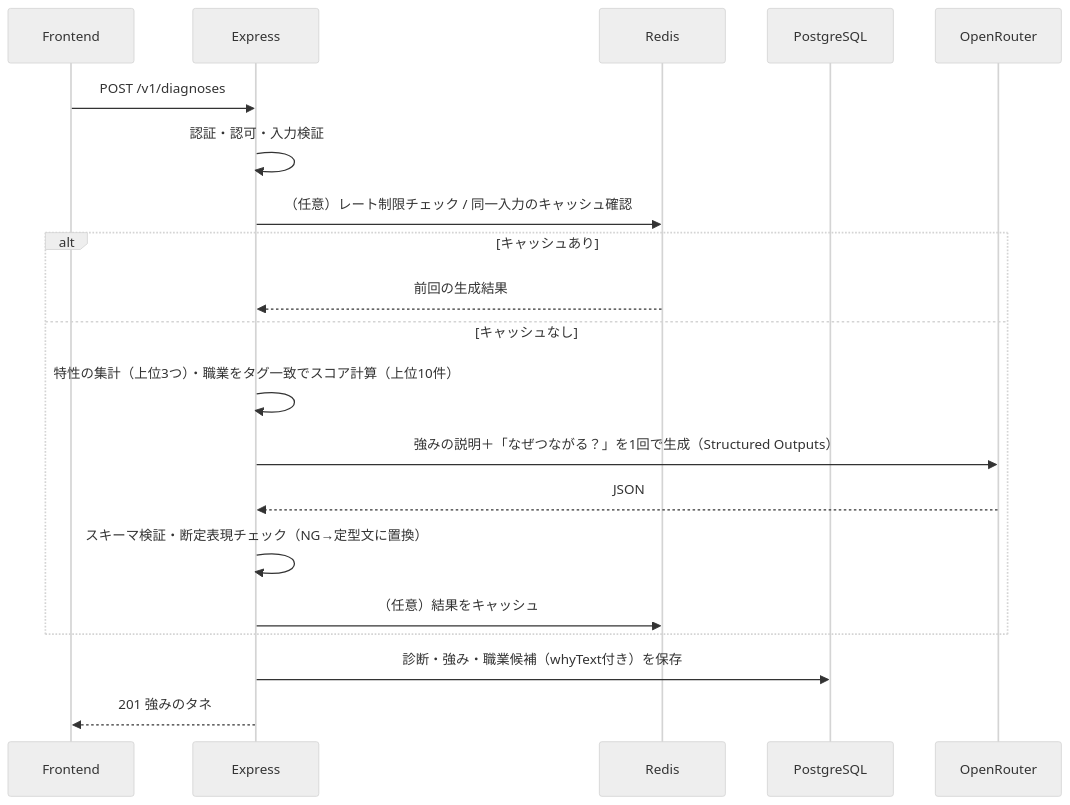
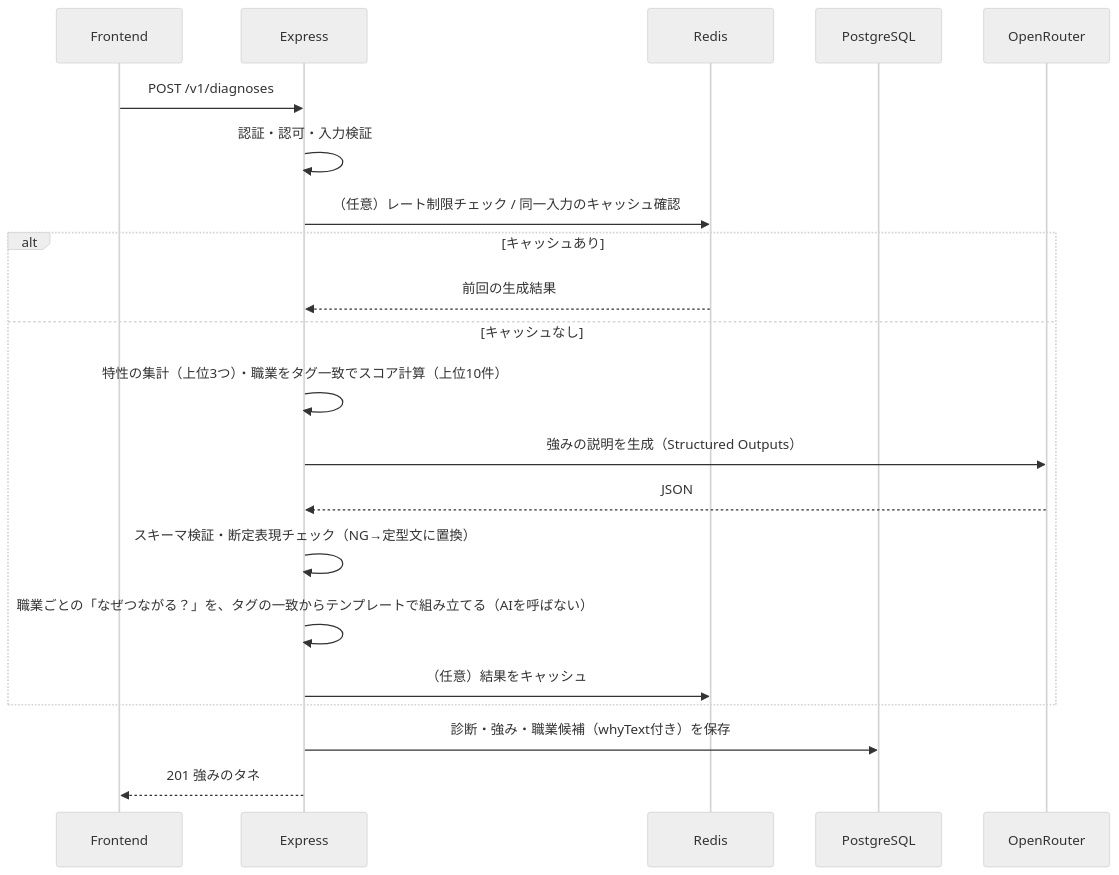
The diagram in docs/plan/API設計.md (AkikoFujikawa/shigoto-mikke), drawn with Mermaid (neutral theme) before and after one commit. The commit also changed other lines of this file and 6 other files, not shown here.

````diff
--- a/docs/plan/API設計.md
+++ b/docs/plan/API設計.md
@@ -225,22 +225,23 @@
 ```mermaid
 sequenceDiagram
   participant F as Frontend
   participant A as Express
   participant R as Redis
   participant D as PostgreSQL
   participant O as OpenRouter
   F->>A: POST /v1/diagnoses
   A->>A: 認証・認可・入力検証
   A->>R: （任意）レート制限チェック / 同一入力のキャッシュ確認
   alt キャッシュあり
     R-->>A: 前回の生成結果
   else キャッシュなし
     A->>A: 特性の集計（上位3つ）・職業をタグ一致でスコア計算（上位10件）
-    A->>O: 強みの説明＋「なぜつながる？」を1回で生成（Structured Outputs）
+    A->>O: 強みの説明を生成（Structured Outputs）
     O-->>A: JSON
     A->>A: スキーマ検証・断定表現チェック（NG→定型文に置換）
+    A->>A: 職業ごとの「なぜつながる？」を、タグの一致からテンプレートで組み立てる（AIを呼ばない）
     A->>R: （任意）結果をキャッシュ
   end
   A->>D: 診断・強み・職業候補（whyText付き）を保存
   A-->>F: 201 強みのタネ
 ```
````
